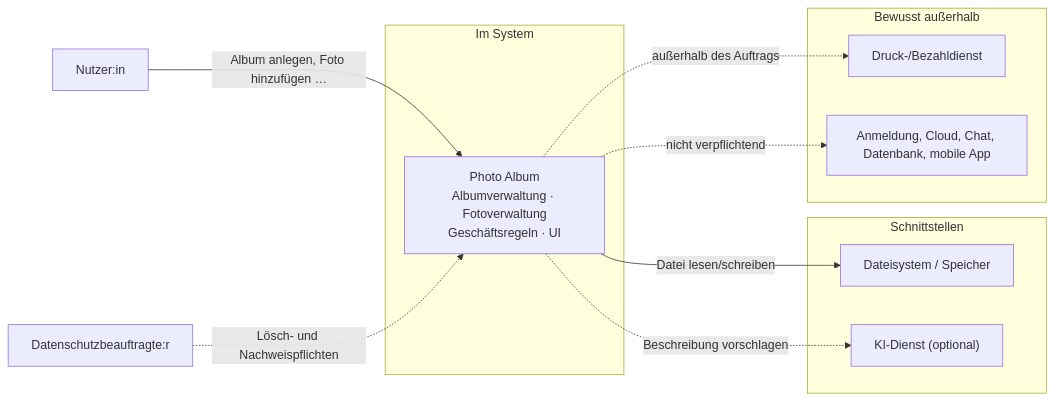
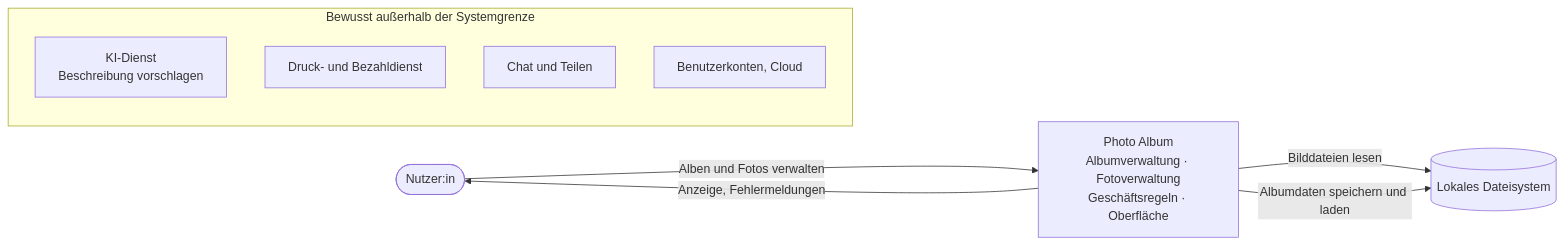
Before and after one commit to felix-henry/photo-album-projekt: the first of 2 diagrams in REQUIREMENTS.md, drawn with Mermaid. The commit also changed other lines of this file and 2 other files, not shown here.

````diff
--- a/REQUIREMENTS.md
+++ b/REQUIREMENTS.md
@@ -24,22 +23,18 @@
 ```mermaid
 flowchart LR
-    N["Nutzer:in"]
-    DS["Datenschutzbeauftragte:r"]
-    subgraph SYS["Im System"]
-        S["Photo Album<br/>Albumverwaltung · Fotoverwaltung<br/>Geschäftsregeln · UI"]
+    U([Nutzer:in])
+    S[Photo Album<br/>Albumverwaltung · Fotoverwaltung<br/>Geschäftsregeln · Oberfläche]
+    FS[(Lokales Dateisystem)]
+
+    U -- "Alben und Fotos verwalten" --> S
+    S -- "Anzeige, Fehlermeldungen" --> U
+    S -- "Bilddateien lesen" --> FS
+    S -- "Albumdaten speichern und laden" --> FS
+
+    subgraph X [Bewusst außerhalb der Systemgrenze]
+        KI[KI-Dienst<br/>Beschreibung vorschlagen]
+        D[Druck- und Bezahldienst]
+        C[Chat und Teilen]
+        L[Benutzerkonten, Cloud]
     end
-    subgraph IFC["Schnittstellen"]
-        FS["Dateisystem / Speicher"]
-        KI["KI-Dienst (optional)"]
-    end
-    subgraph OUT["Bewusst außerhalb"]
-        X1["Druck-/Bezahldienst"]
-        X2["Anmeldung, Cloud, Chat, Datenbank, mobile App"]
-    end
-    N -->|"Album anlegen, Foto hinzufügen …"| S
-    S -->|"Datei lesen/schreiben"| FS
-    S -.->|"Beschreibung vorschlagen"| KI
-    DS -.->|"Lösch- und Nachweispflichten"| S
-    S -.->|"außerhalb des Auftrags"| X1
-    S -.->|"nicht verpflichtend"| X2
 ```
````
